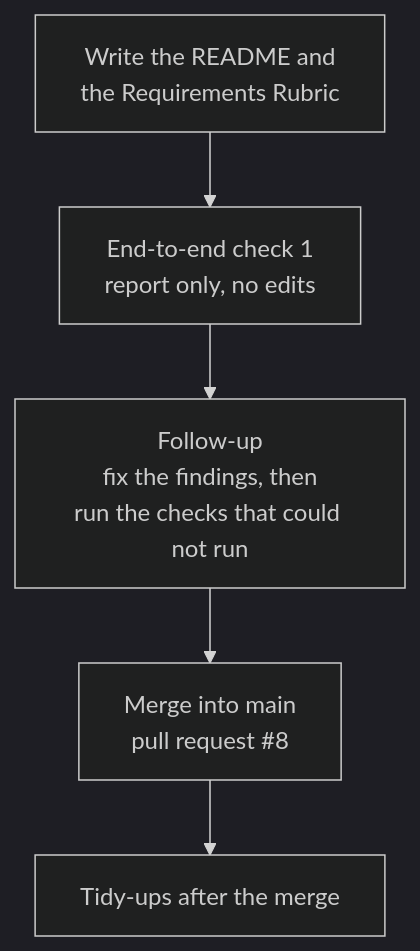
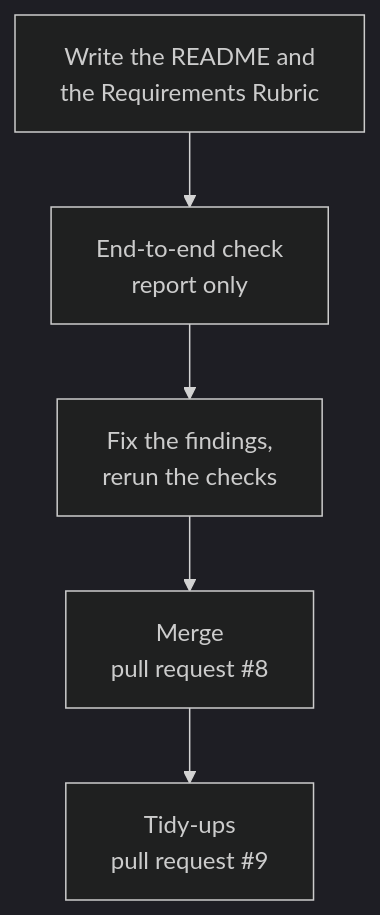
Before and after one commit to jconnors23/510-m3-nfl-prediction-analytics: the diagram in docs/implementation/phase-7/implementation.md, drawn with Mermaid (dark theme). The commit also changed other lines of this file and 45 other files, not shown here.

````diff
--- a/docs/implementation/phase-7/implementation.md
+++ b/docs/implementation/phase-7/implementation.md
@@ -12,7 +12,7 @@
 ```mermaid
 flowchart TB
-    A["Write the README and<br/>the Requirements Rubric"] --> B["End-to-end check 1<br/>report only, no edits"]
-    B --> C["Follow-up<br/>fix the findings, then<br/>run the checks that could not run"]
-    C --> D["Merge into main<br/>pull request #8"]
-    D --> E["Tidy-ups after the merge"]
+    A["Write the README and<br/>the Requirements Rubric"] --> B["End-to-end check<br/>report only"]
+    B --> C["Fix the findings,<br/>rerun the checks"]
+    C --> D["Merge<br/>pull request #8"]
+    D --> E["Tidy-ups<br/>pull request #9"]
 ```
````
